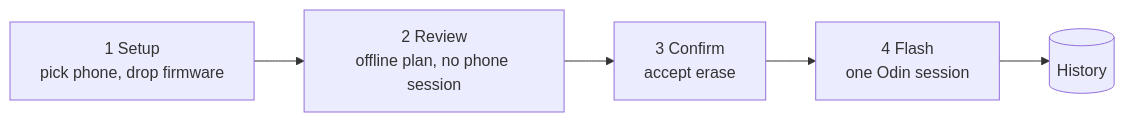
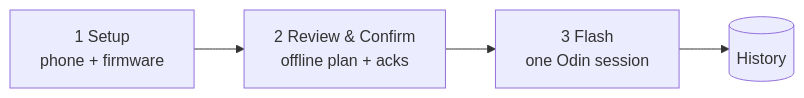
The diagram in README.md (sritulasiram/bifrost-studio), drawn with Mermaid before and after one commit. The commit also changed other lines of this file and 98 other files, not shown here.

````diff
--- a/README.md
+++ b/README.md
@@ -29,5 +35,5 @@
 ```mermaid
 flowchart LR
-    A["1 Setup<br/>pick phone, drop firmware"] --> B["2 Review<br/>offline plan, no phone session"] --> C["3 Confirm<br/>accept erase"] --> D["4 Flash<br/>one Odin session"]
-    D --> E[(History)]
+    A["1 Setup<br/>phone + firmware"] --> B["2 Review & Confirm<br/>offline plan + acks"] --> C["3 Flash<br/>one Odin session"]
+    C --> D[(History)]
 ```
````
